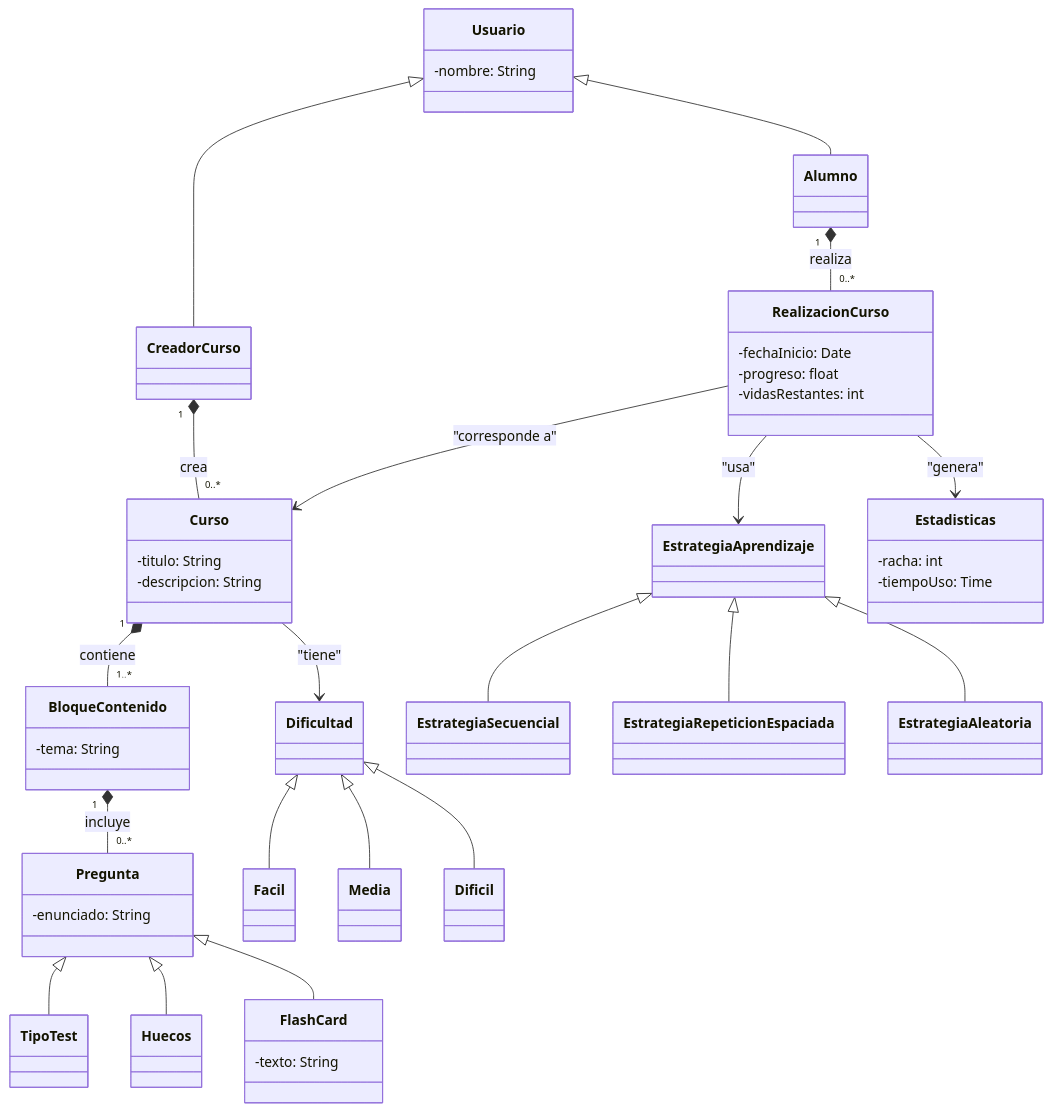
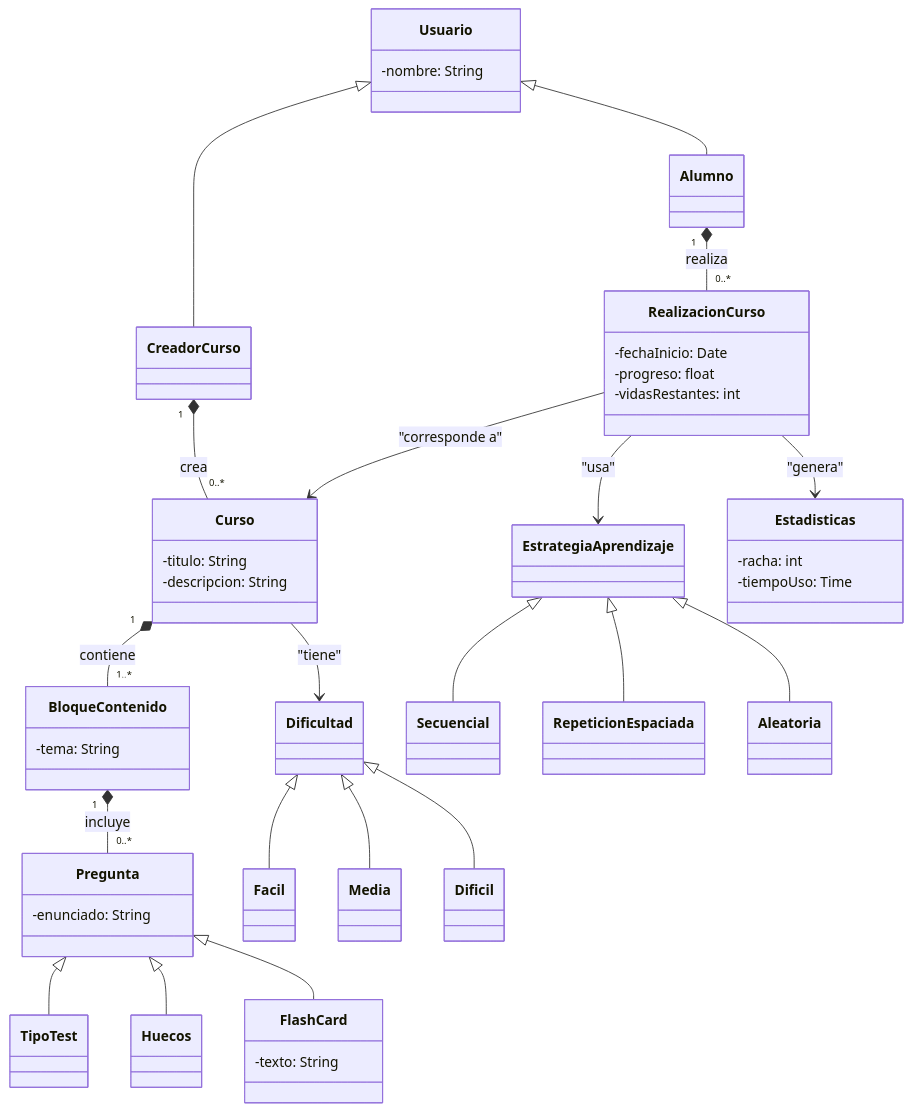
The diagram in diseño/modelo.md (gusgarzo/PDS-Proyecto), drawn with Mermaid before and after one commit.

````diff
--- a/diseño/modelo.md
+++ b/diseño/modelo.md
@@ -1,74 +1,74 @@
 ```mermaid
 classDiagram
     %% --- Jerarquía de Usuario ---
     class Usuario {
         -nombre: String
     }
     Usuario <|-- Alumno
     Usuario <|-- CreadorCurso
 
     %% --- Clases de Curso y Bloques ---
     class Curso {
         -titulo: String
         -descripcion: String
     }
     class BloqueContenido {
         -tema: String
     }
     class FlashCard {
         -texto: String
     }
 
     %% --- Preguntas y Tipos ---
     class Pregunta {
         -enunciado: String
     }
     Pregunta <|-- TipoTest
     Pregunta <|-- Huecos
     Pregunta <|-- FlashCard
 
     %% --- Dificultad y Estrategia ---
     class Dificultad
     Dificultad <|-- Facil
     Dificultad <|-- Media
     Dificultad <|-- Dificil
 
     class EstrategiaAprendizaje
-    EstrategiaAprendizaje <|-- EstrategiaSecuencial
-    EstrategiaAprendizaje <|-- EstrategiaRepeticionEspaciada
-    EstrategiaAprendizaje <|-- EstrategiaAleatoria
+    EstrategiaAprendizaje <|-- Secuencial
+    EstrategiaAprendizaje <|-- RepeticionEspaciada
+    EstrategiaAprendizaje <|-- Aleatoria
 
     %% --- Realización y Estadísticas ---
     class RealizacionCurso {
         -fechaInicio: Date
         -progreso: float
         -vidasRestantes: int
     }
     class Estadisticas {
         -racha: int
         -tiempoUso: Time
     }
 
     %% --- Relaciones principales ---
 
     %% Roles
     CreadorCurso "1" *-- "0..*" Curso : crea
     Alumno "1" *-- "0..*" RealizacionCurso : realiza
 
     %% Curso y Bloques
     Curso "1" *-- "1..*" BloqueContenido : contiene
     BloqueContenido "1" *-- "0..*" Pregunta : incluye
 
     %% Realizacion y Curso
     RealizacionCurso --> Curso : "corresponde a"
     RealizacionCurso --> Estadisticas : "genera"
     RealizacionCurso --> EstrategiaAprendizaje : "usa"
 
     %% Curso y Dificultad
     Curso --> Dificultad : "tiene"
 
     %% Notas:
     %% - FlashCard hereda de Pregunta para mantener la lógica de pregunta intercalada.
     %% - Puedes añadir más relaciones si necesitas comentarios, calificaciones, etc.
 
 ```
````
